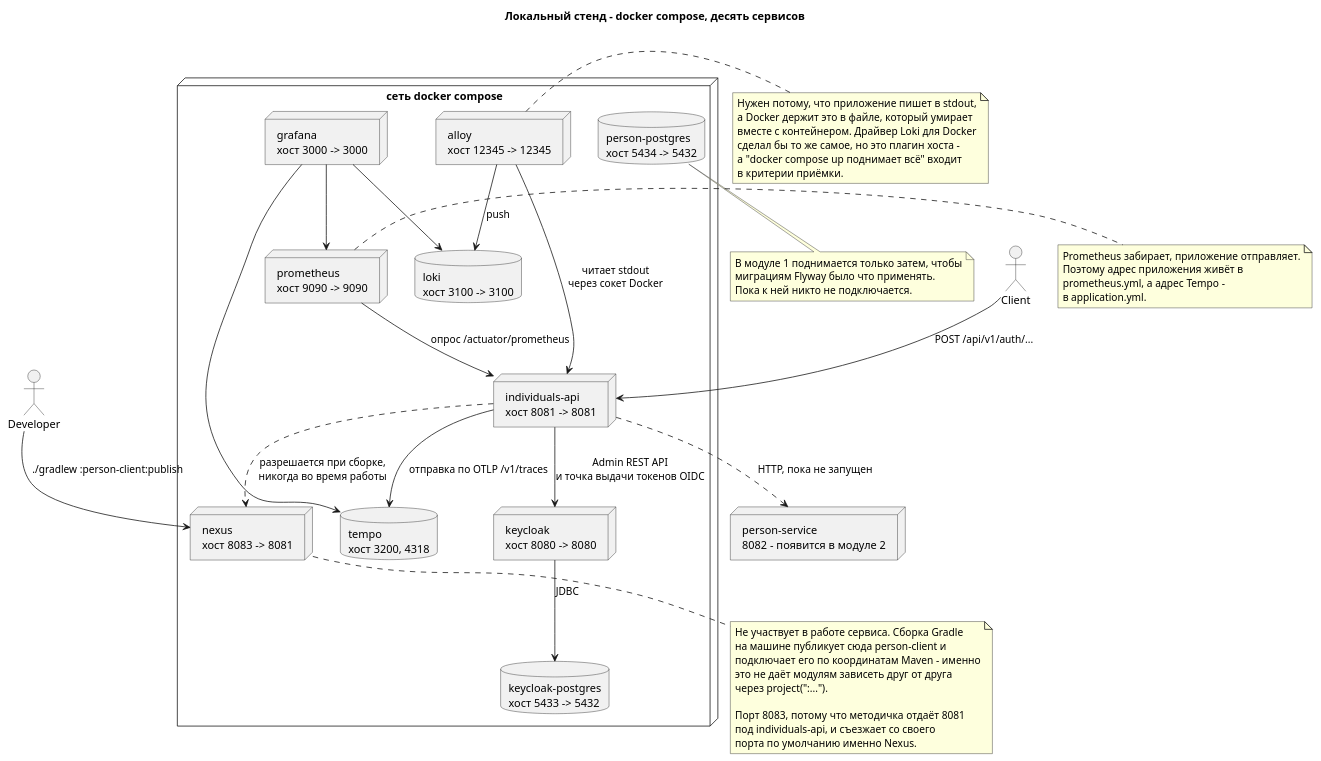
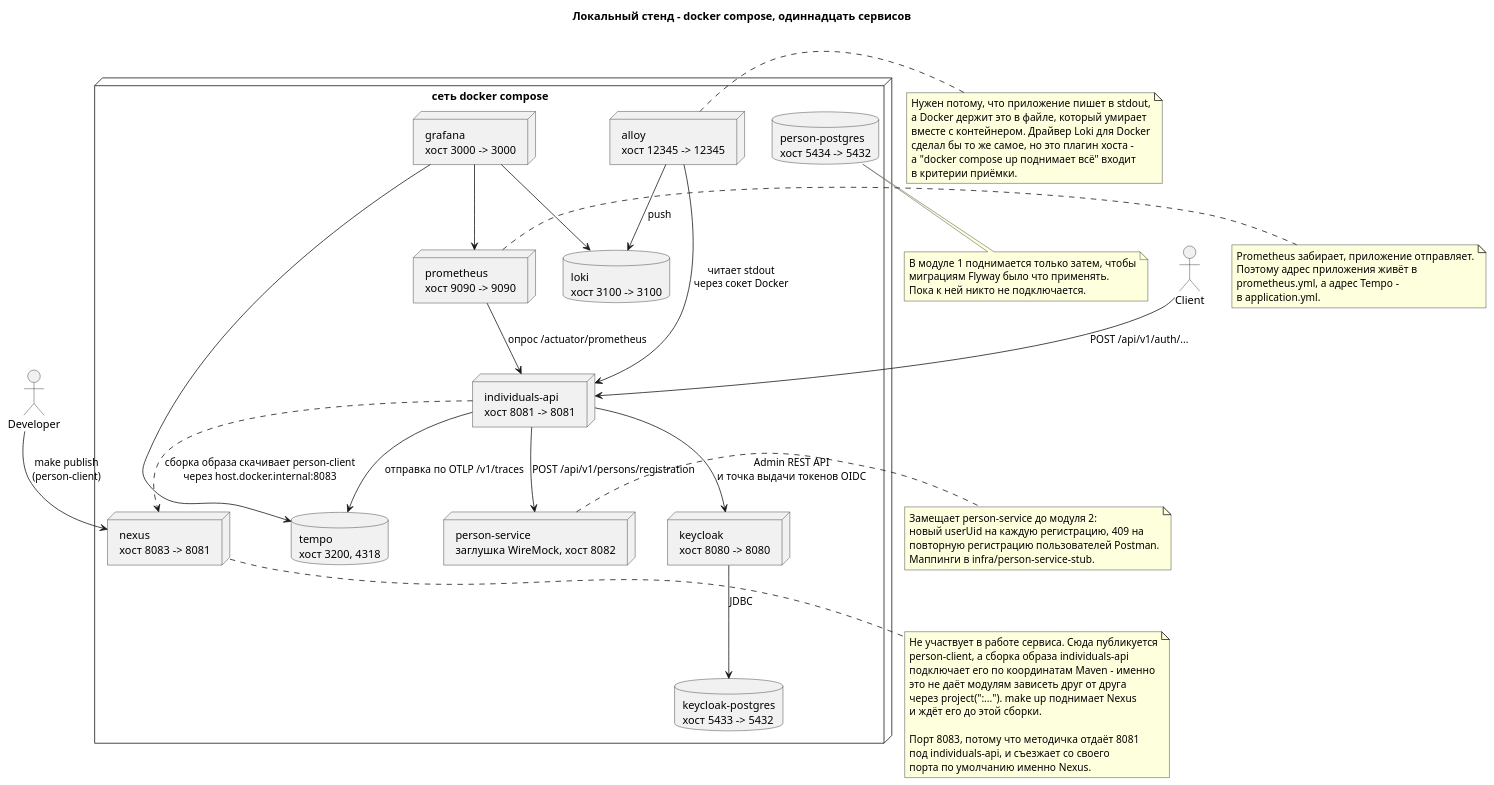
One commit to dezxxx/payment-platform changed the diagram in docs/puml-ru/deployment.puml. Above: the diagram before and after it, drawn with PlantUML. The commit also changed 91 other files, not shown here.

First line of the commit message:
refactor: follow the teacher's component diagram and build inside Docker

```diff
--- a/docs/puml-ru/deployment.puml
+++ b/docs/puml-ru/deployment.puml
@@ -1,75 +1,82 @@
 @startuml deployment
-title Локальный стенд - docker compose, десять сервисов
+title Локальный стенд - docker compose, одиннадцать сервисов
 
 skinparam shadowing false
 
 actor Client
 actor Developer
 
 node "сеть docker compose" {
   node "individuals-api\nхост 8081 -> 8081" as API
   node "keycloak\nхост 8080 -> 8080" as KC
   database "keycloak-postgres\nхост 5433 -> 5432" as KCDB
   database "person-postgres\nхост 5434 -> 5432" as PSDB
   node "nexus\nхост 8083 -> 8081" as NEXUS
+  node "person-service\nзаглушка WireMock, хост 8082" as PS
   node "prometheus\nхост 9090 -> 9090" as PROM
   node "alloy\nхост 12345 -> 12345" as ALLOY
   database "loki\nхост 3100 -> 3100" as LOKI
   database "tempo\nхост 3200, 4318" as TEMPO
   node "grafana\nхост 3000 -> 3000" as GRAF
 }
 
-node "person-service\n8082 - появится в модуле 2" as PS
-
 Client --> API : POST /api/v1/auth/...
 API --> KC : Admin REST API\nи точка выдачи токенов OIDC
-API ..> PS : HTTP, пока не запущен
+API --> PS : POST /api/v1/persons/registration
 KC --> KCDB : JDBC
 
 PROM --> API : опрос /actuator/prometheus
 ALLOY --> API : читает stdout\nчерез сокет Docker
 ALLOY --> LOKI : push
 API --> TEMPO : отправка по OTLP /v1/traces
 
 GRAF --> PROM
 GRAF --> LOKI
 GRAF --> TEMPO
 
-Developer --> NEXUS : ./gradlew :person-client:publish
-API ..> NEXUS : разрешается при сборке,\nникогда во время работы
+Developer --> NEXUS : make publish\n(person-client)
+API ..> NEXUS : сборка образа скачивает person-client\nчерез host.docker.internal:8083
 
 note right of PROM
   Prometheus забирает, приложение отправляет.
   Поэтому адрес приложения живёт в
   prometheus.yml, а адрес Tempo -
   в application.yml.
 end note
 
 note bottom of NEXUS
-  Не участвует в работе сервиса. Сборка Gradle
-  на машине публикует сюда person-client и
+  Не участвует в работе сервиса. Сюда публикуется
+  person-client, а сборка образа individuals-api
   подключает его по координатам Maven - именно
   это не даёт модулям зависеть друг от друга
-  через project(":...").
+  через project(":..."). make up поднимает Nexus
+  и ждёт его до этой сборки.
 
   Порт 8083, потому что методичка отдаёт 8081
   под individuals-api, и съезжает со своего
   порта по умолчанию именно Nexus.
+end note
+
+note right of PS
+  Замещает person-service до модуля 2:
+  новый userUid на каждую регистрацию, 409 на
+  повторную регистрацию пользователей Postman.
+  Маппинги в infra/person-service-stub.
 end note
 
 note bottom of PSDB
   В модуле 1 поднимается только затем, чтобы
   миграциям Flyway было что применять.
   Пока к ней никто не подключается.
 end note
 
 note right of ALLOY
   Нужен потому, что приложение пишет в stdout,
   а Docker держит это в файле, который умирает
   вместе с контейнером. Драйвер Loki для Docker
   сделал бы то же самое, но это плагин хоста -
   а "docker compose up поднимает всё" входит
   в критерии приёмки.
 end note
 
 @enduml
```
